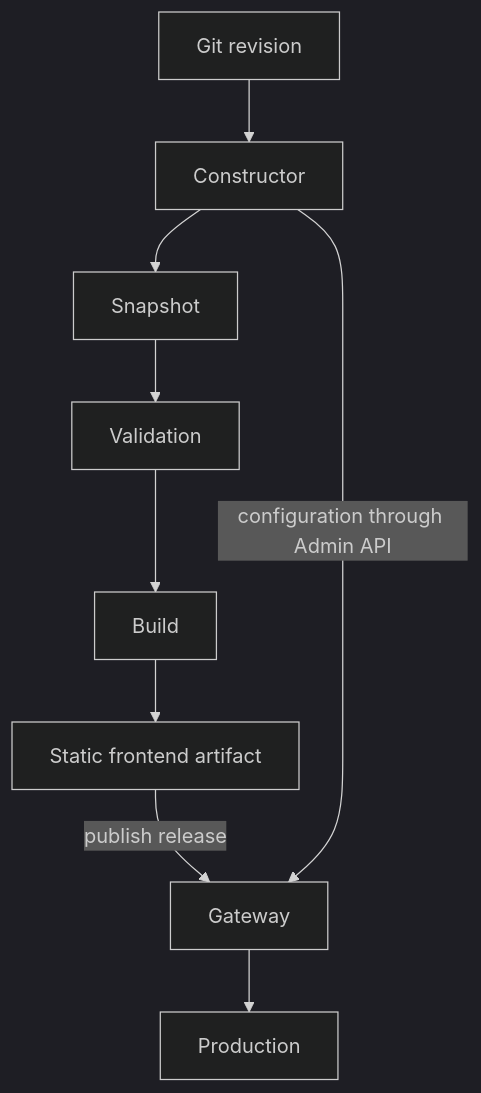
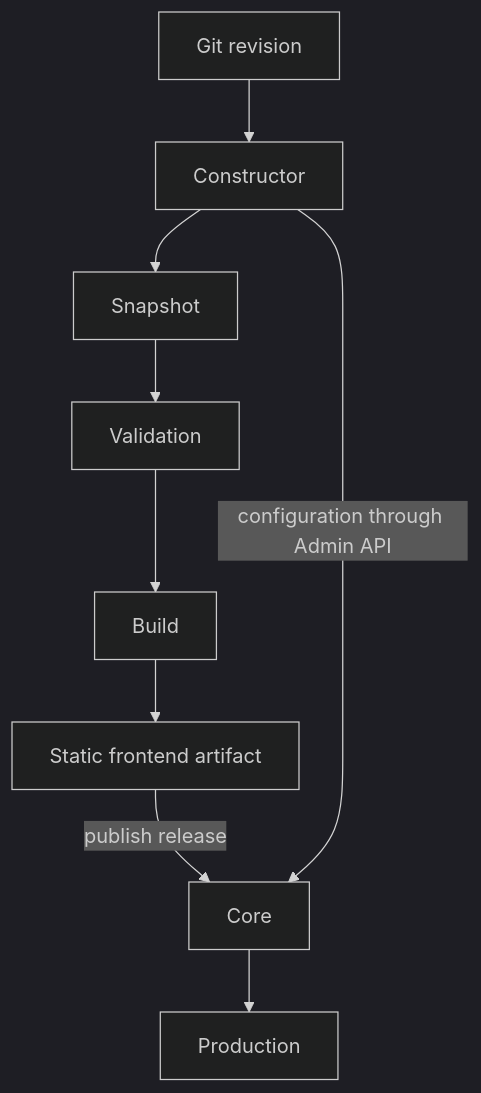
Before and after one commit to Liapoldus/liapoldus.github.io: the diagram in diagrams/constructor-flow.mmd, drawn with Mermaid (dark theme). The commit also changed 48 other files, not shown here.

```diff
--- a/diagrams/constructor-flow.mmd
+++ b/diagrams/constructor-flow.mmd
@@ -1,9 +1,9 @@
 flowchart TD
   G[Git revision] --> C[Constructor]
   C --> S[Snapshot]
   S --> V[Validation]
   V --> B[Build]
   B --> A[Static frontend artifact]
-  A -->|publish release| GW[Gateway]
+  A -->|publish release| GW[Core]
   C -->|configuration through Admin API| GW
   GW --> P[Production]
```
